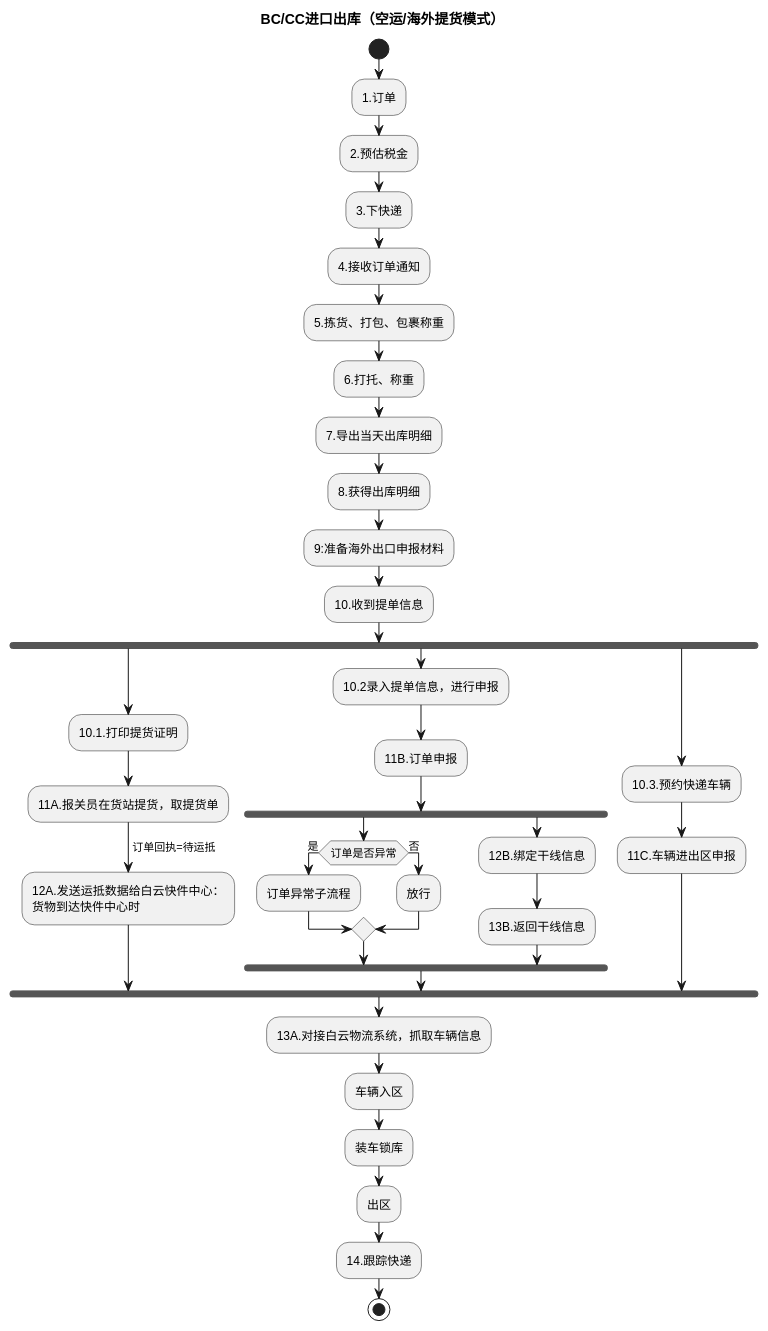
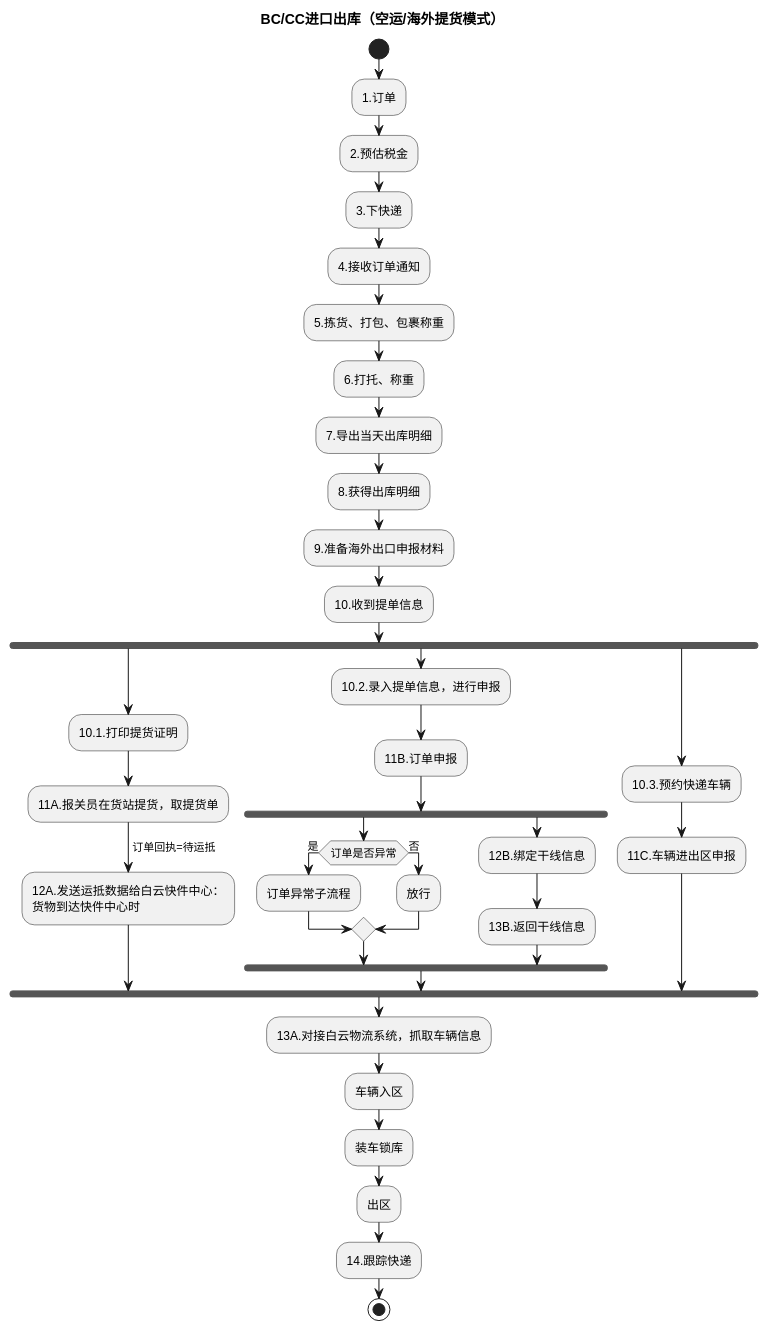
Before and after one commit to jack888332/projects-doc: the third of 6 diagrams in product-caliber/goldjet/segmented-prd/mainflow/PRD.高捷物流系统一期.主流程.05.跨境电商BC、个人物品CC进口详细流程.md, drawn with PlantUML. The commit also changed other lines of this file and 59 other files, not shown here.

````diff
--- a/product-caliber/goldjet/segmented-prd/mainflow/PRD.高捷物流系统一期.主流程.05.跨境电商BC、个人物品CC进口详细流程.md
+++ b/product-caliber/goldjet/segmented-prd/mainflow/PRD.高捷物流系统一期.主流程.05.跨境电商BC、个人物品CC进口详细流程.md
@@ -91,44 +74,44 @@
 ```plantuml
 @startuml
 title BC/CC进口出库（空运/海外提货模式）
 start
 :1.订单;
 :2.预估税金;
 :3.下快递;
 :4.接收订单通知;
 :5.拣货、打包、包裹称重;
 :6.打托、称重;
 :7.导出当天出库明细;
 :8.获得出库明细;
-:9:准备海外出口申报材料;
+:9.准备海外出口申报材料;
 :10.收到提单信息;
 fork
   :10.1.打印提货证明;
   :11A.报关员在货站提货，取提货单;
   -> 订单回执=待运抵;
   :12A.发送运抵数据给白云快件中心：\n货物到达快件中心时;
 fork again
-  :10.2录入提单信息，进行申报;
+  :10.2.录入提单信息，进行申报;
   :11B.订单申报;
   fork
     if (订单是否异常) then (是)
       :订单异常子流程;
     else (否)
       :放行;
     endif
   fork again
     :12B.绑定干线信息;
     :13B.返回干线信息;
   end fork
 fork again
   :10.3.预约快递车辆;
   :11C.车辆进出区申报;
 end fork
 :13A.对接白云物流系统，抓取车辆信息;
 :车辆入区;
 :装车锁库;
 :出区;
 :14.跟踪快递;
 stop
 @enduml
 ```
````
